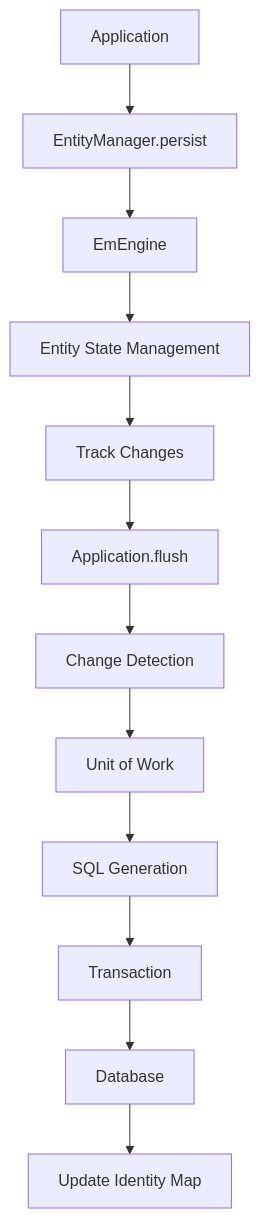
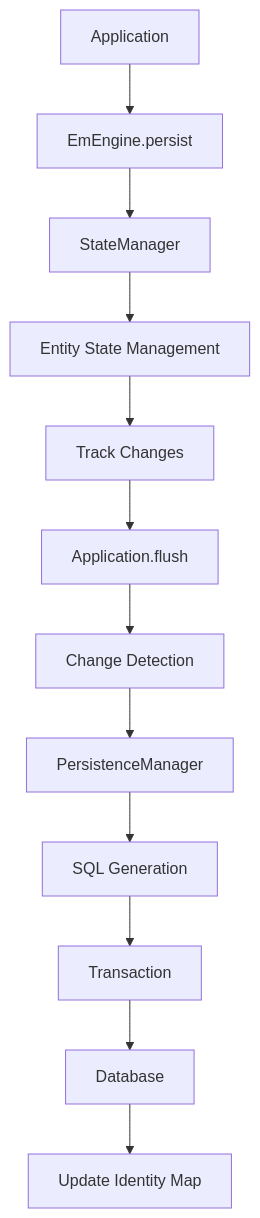
The second of 4 diagrams in docs/fr/core-concepts/architecture.md (mulertech/database), drawn with Mermaid before and after one commit. The commit also changed other lines of this file and 23 other files, not shown here.

Commit message:
Refactor architecture documentation; enhance clarity on entity management and dependency injection patterns

````diff
--- a/docs/fr/core-concepts/architecture.md
+++ b/docs/fr/core-concepts/architecture.md
@@ -230,14 +221,14 @@
 ```mermaid
 graph TD
-    A[Application] --> B[EntityManager.persist]
-    B --> C[EmEngine]
+    A[Application] --> B[EmEngine.persist]
+    B --> C[StateManager]
     C --> D[Entity State Management]
     D --> E[Track Changes]
     E --> F[Application.flush]
     F --> G[Change Detection]
-    G --> H[Unit of Work]
+    G --> H[PersistenceManager]
     H --> I[SQL Generation]
     I --> J[Transaction]
     J --> K[Database]
     K --> L[Update Identity Map]
 ```
````
